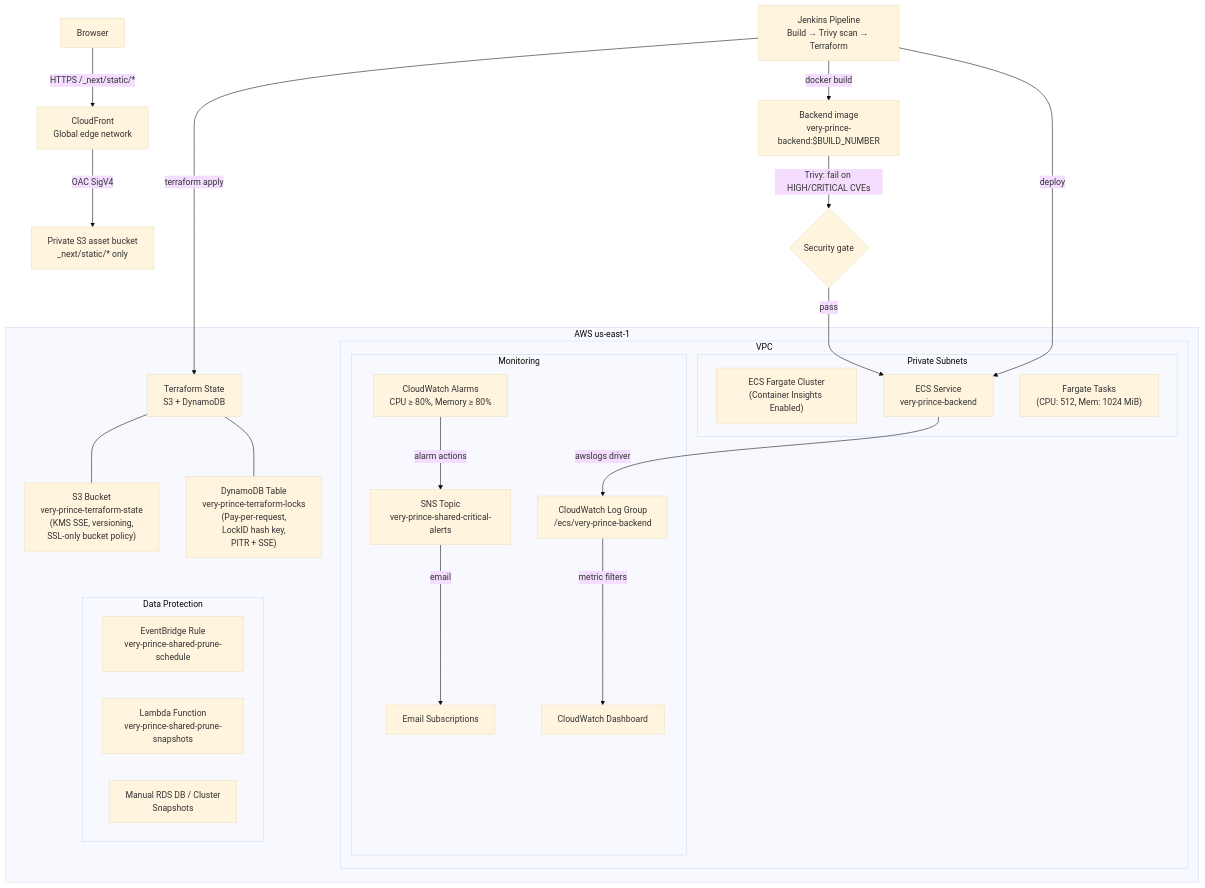
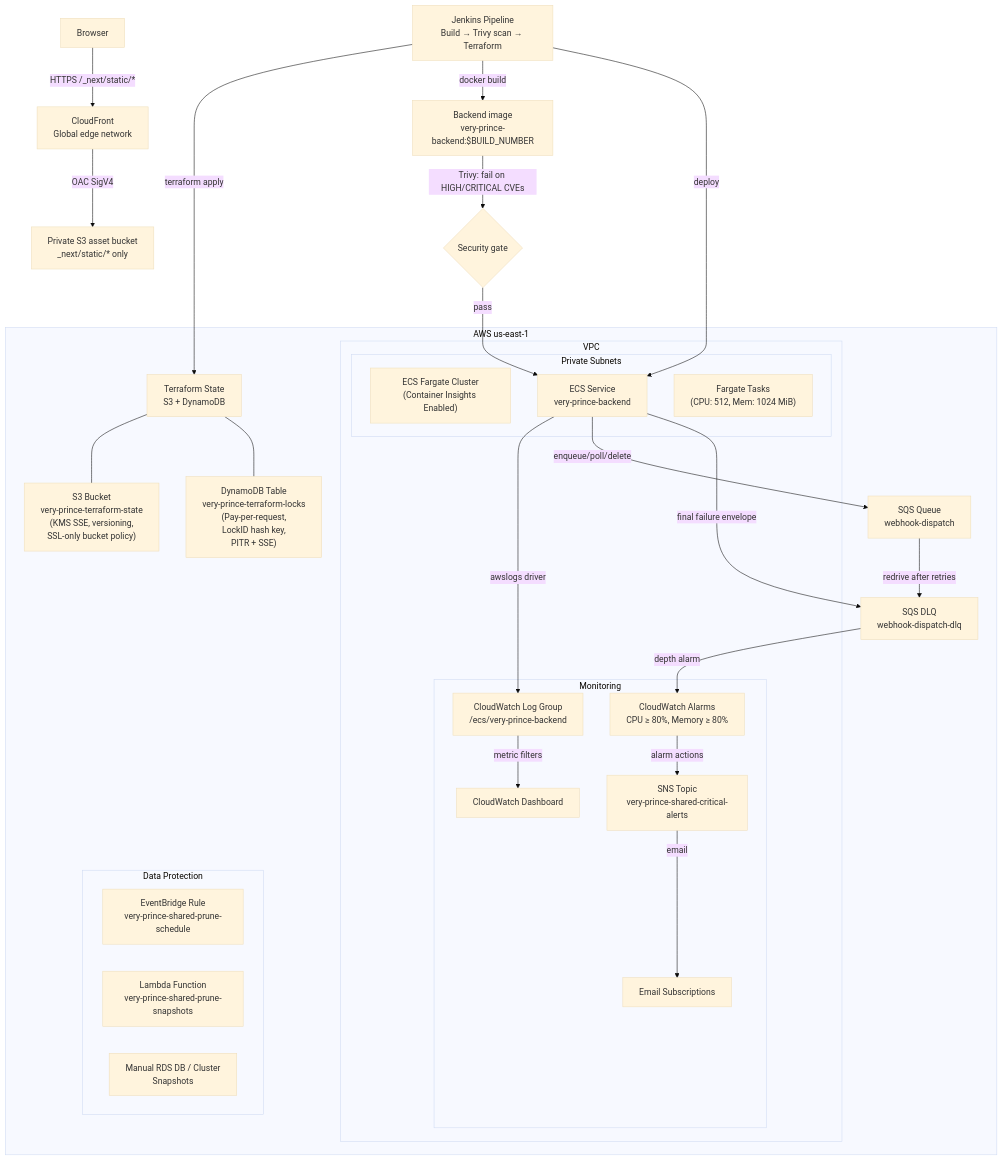
Before and after one commit to Goodnessoj/Very-Prince: the diagram in docs/ARCHITECTURE.md, drawn with Mermaid (base theme). The commit also changed other lines of this file, not shown here.

Commit message:
docs: document webhook DLQ architecture

````diff
--- a/docs/ARCHITECTURE.md
+++ b/docs/ARCHITECTURE.md
@@ -7,44 +7,50 @@
 ```mermaid
 flowchart TD
     subgraph AWS["AWS us-east-1"]
         subgraph VPC["VPC"]
             subgraph Private["Private Subnets"]
                 ECS["ECS Fargate Cluster\n(Container Insights Enabled)"]
                 Service["ECS Service\nvery-prince-backend"]
                 Task["Fargate Tasks\n(CPU: 512, Mem: 1024 MiB)"]
             end
             
             subgraph Monitoring["Monitoring"]
                 CWLogs["CloudWatch Log Group\n/ecs/very-prince-backend"]
                 CWDashboard["CloudWatch Dashboard"]
                 CWAlerts["CloudWatch Alarms\nCPU ≥ 80%, Memory ≥ 80%"]
                 SNSTopic["SNS Topic\nvery-prince-shared-critical-alerts"]
                 Email["Email Subscriptions"]
             end
         end
         
         State["Terraform State\nS3 + DynamoDB"]
         StateBucket["S3 Bucket\nvery-prince-terraform-state\n(KMS SSE, versioning,\nSSL-only bucket policy)"]
         LockTable["DynamoDB Table\nvery-prince-terraform-locks\n(Pay-per-request,\nLockID hash key,\nPITR + SSE)"]
+        WebhookQueue["SQS Queue\nwebhook-dispatch"]
+        WebhookDLQ["SQS DLQ\nwebhook-dispatch-dlq"]
         State --- StateBucket
         State --- LockTable
+        WebhookQueue -->|redrive after retries| WebhookDLQ
         
         subgraph DataProtection["Data Protection"]
             EBRule["EventBridge Rule\nvery-prince-shared-prune-schedule"]
             PruneLambda["Lambda Function\nvery-prince-shared-prune-snapshots"]
             Snapshots["Manual RDS DB / Cluster\nSnapshots"]
         end
     end
     
     Jenkins["Jenkins Pipeline\nBuild → Trivy scan → Terraform"] -->|terraform apply| State
     Jenkins -->|docker build| Image["Backend image\nvery-prince-backend:$BUILD_NUMBER"]
     Image -->|Trivy: fail on HIGH/CRITICAL CVEs| SecurityGate{"Security gate"}
     SecurityGate -->|pass| Service
     Browser["Browser"] -->|HTTPS /_next/static/*| CDN["CloudFront\nGlobal edge network"]
     CDN -->|OAC SigV4| Assets["Private S3 asset bucket\n_next/static/* only"]
     Service -->|awslogs driver| CWLogs
+    Service -->|enqueue/poll/delete| WebhookQueue
+    Service -->|final failure envelope| WebhookDLQ
     CWLogs -->|metric filters| CWDashboard
     CWAlerts -->|alarm actions| SNSTopic
+    WebhookDLQ -->|depth alarm| CWAlerts
     SNSTopic -->|email| Email
     Jenkins -->|deploy| Service
 ```
````
